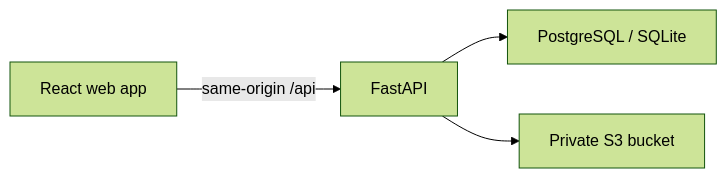
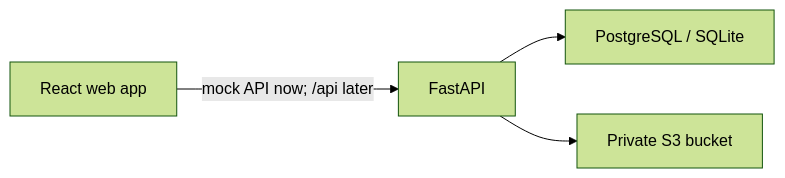
Before and after one commit to RahulGusai/pricing-calculator: the diagram in README.md, drawn with Mermaid (forest theme). The commit also changed other lines of this file and 61 other files, not shown here.

````diff
--- a/README.md
+++ b/README.md
@@ -34,6 +50,6 @@
 ```mermaid
 flowchart LR
-    Browser["React web app"] -->|same-origin /api| API["FastAPI"]
+    Browser["React web app"] -->|"mock API now; /api later"| API["FastAPI"]
     API --> DB["PostgreSQL / SQLite"]
     API --> S3["Private S3 bucket"]
 ```
````
